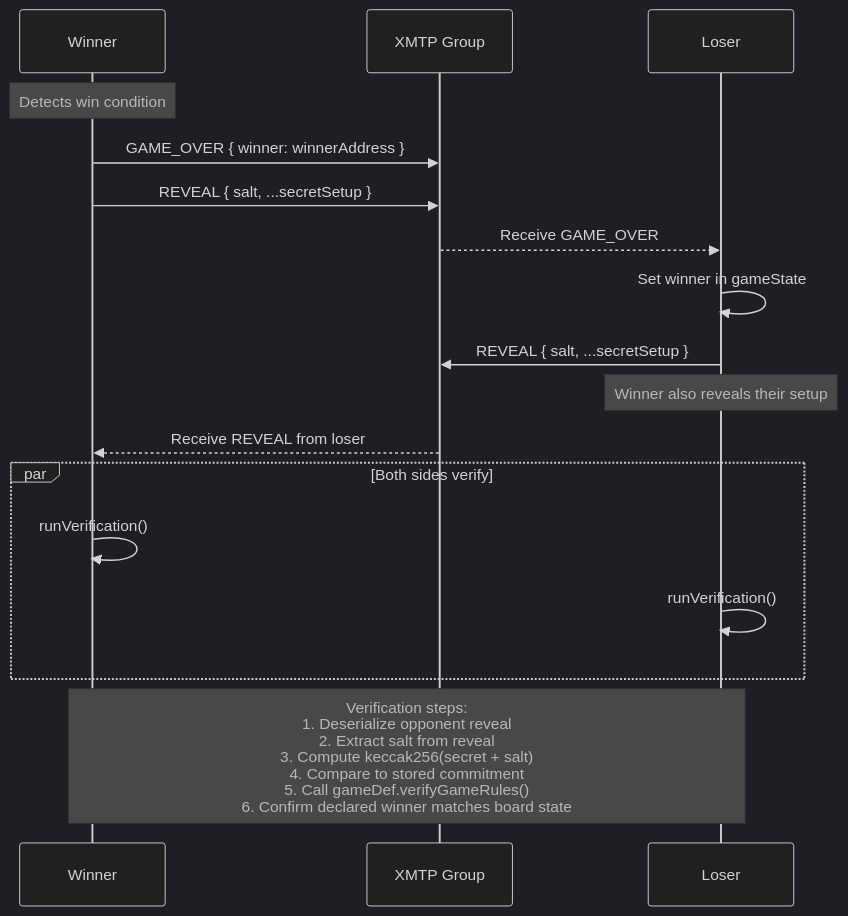
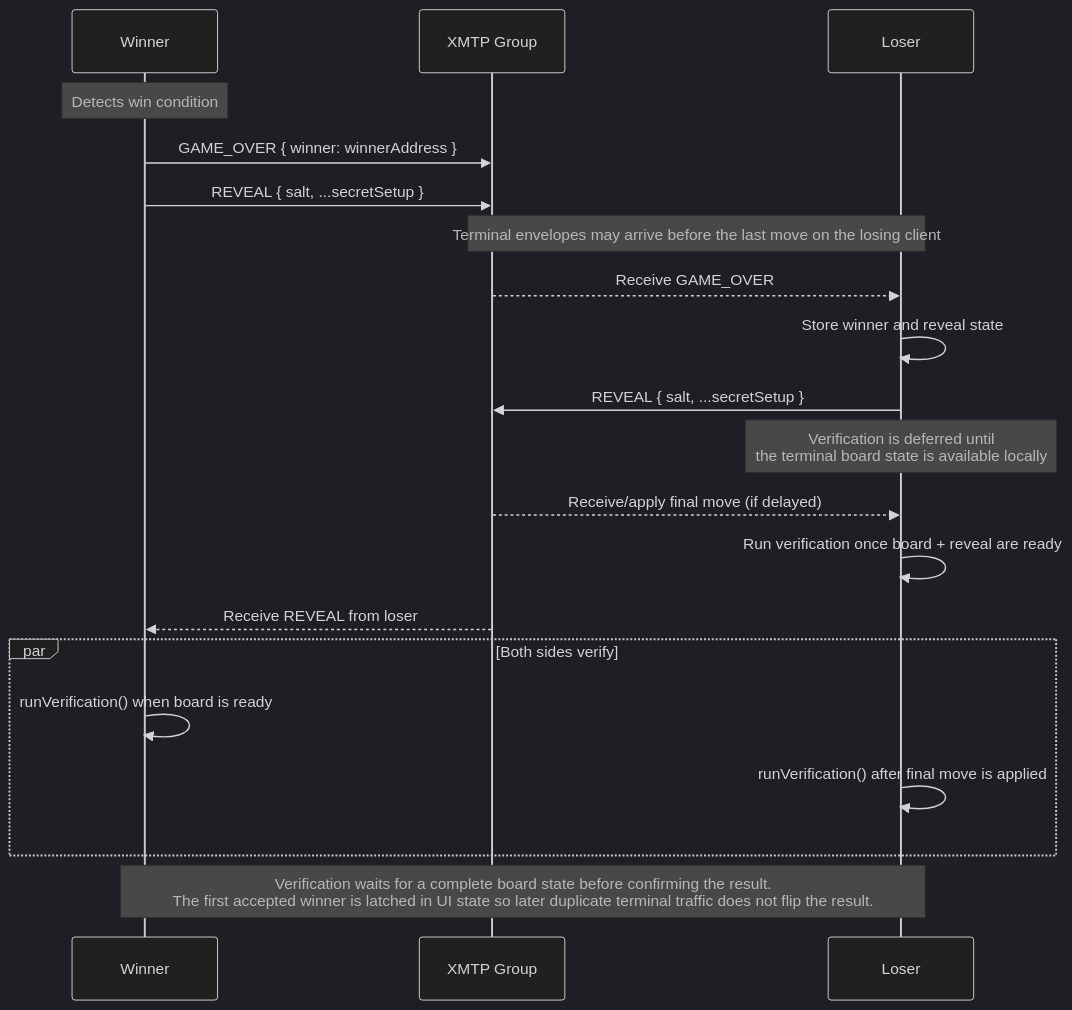
One commit to zengzengzenghuy/xmtp-circles-miniapp changed the sixth of 7 diagrams in src/components/arcade/README.md. Above: the diagram before and after it, drawn with Mermaid (dark theme). The commit also changed other lines of this file, not shown here.

````diff
--- a/src/components/arcade/README.md
+++ b/src/components/arcade/README.md
@@ -306,25 +311,29 @@
 ```mermaid
 sequenceDiagram
     participant Winner as Winner
     participant XMTP as XMTP Group
     participant Loser as Loser
 
     Note over Winner: Detects win condition
 
     Winner->>XMTP: GAME_OVER { winner: winnerAddress }
     Winner->>XMTP: REVEAL { salt, ...secretSetup }
+    Note over XMTP,Loser: Terminal envelopes may arrive before the last move on the losing client
 
     XMTP-->>Loser: Receive GAME_OVER
-    Loser->>Loser: Set winner in gameState
+    Loser->>Loser: Store winner and reveal state
     Loser->>XMTP: REVEAL { salt, ...secretSetup }
-    Note over Loser: Winner also reveals their setup
+    Note over Loser: Verification is deferred until<br/>the terminal board state is available locally
+
+    XMTP-->>Loser: Receive/apply final move (if delayed)
+    Loser->>Loser: Run verification once board + reveal are ready
 
     XMTP-->>Winner: Receive REVEAL from loser
 
     par Both sides verify
-        Winner->>Winner: runVerification()
-        Loser->>Loser: runVerification()
+        Winner->>Winner: runVerification() when board is ready
+        Loser->>Loser: runVerification() after final move is applied
     end
 
-    Note over Winner,Loser: Verification steps:<br/>1. Deserialize opponent reveal<br/>2. Extract salt from reveal<br/>3. Compute keccak256(secret + salt)<br/>4. Compare to stored commitment<br/>5. Call gameDef.verifyGameRules()<br/>6. Confirm declared winner matches board state
+    Note over Winner,Loser: Verification waits for a complete board state before confirming the result.<br/>The first accepted winner is latched in UI state so later duplicate terminal traffic does not flip the result.
 ```
````
